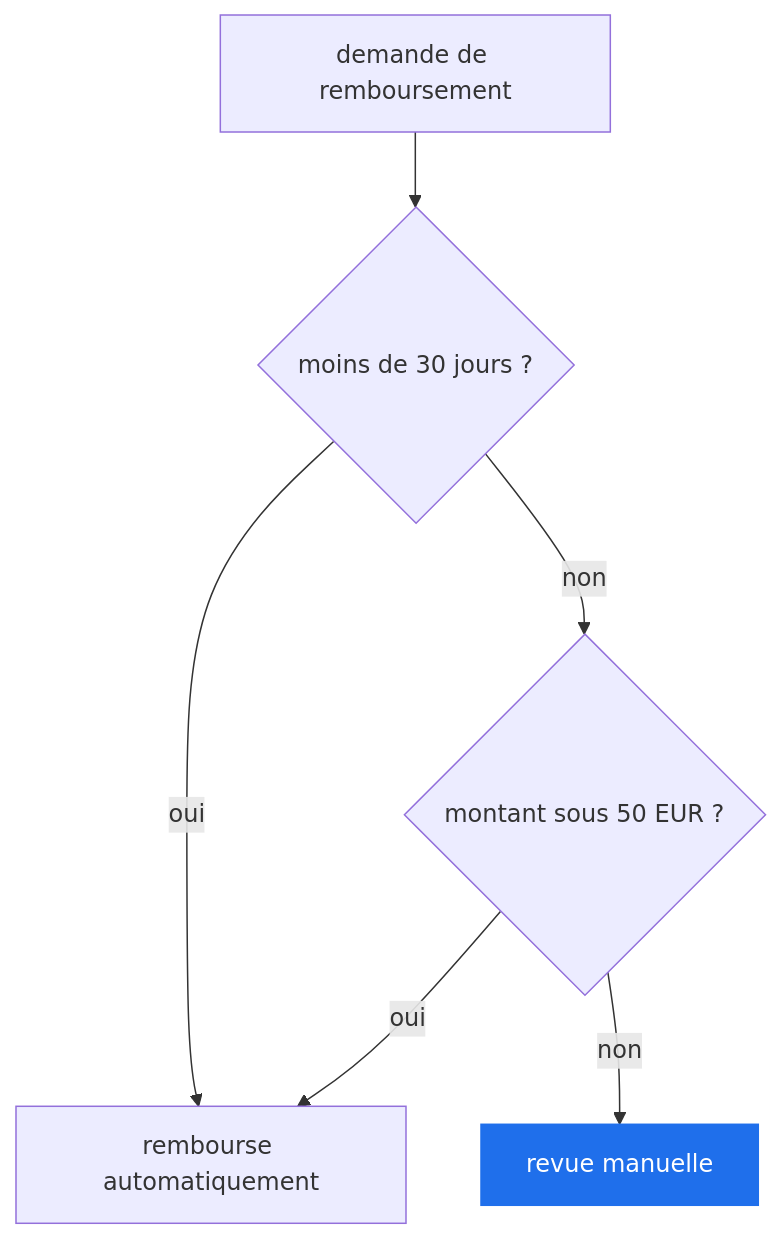
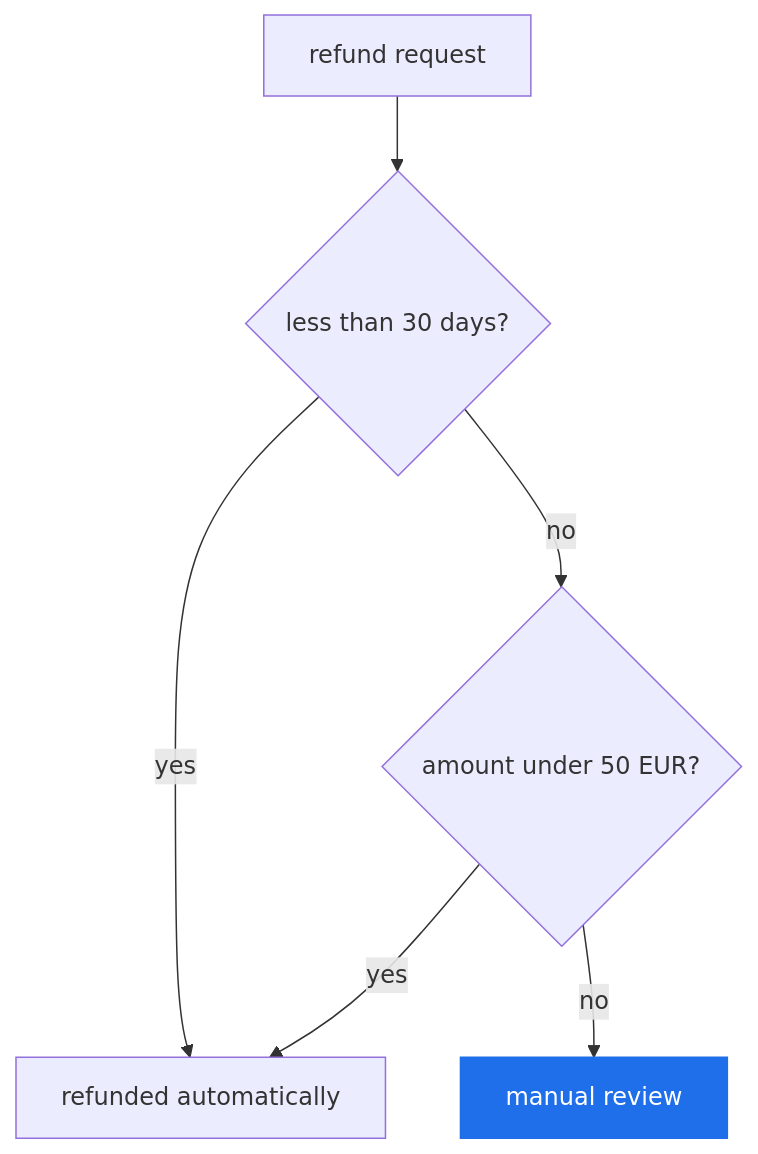
One commit to MasterLaplace/LplCraftSkills changed the third of 7 diagrams in skills/se-faire-comprendre/references/visuels.md. Above: the diagram before and after it, drawn with Mermaid. The commit also changed other lines of this file and 16 other files, not shown here.

First line of the commit message:
docs: Mermaid diagram text moves to English, the prose stays French

````diff
--- a/skills/se-faire-comprendre/references/visuels.md
+++ b/skills/se-faire-comprendre/references/visuels.md
@@ -56,9 +56,9 @@
 ```mermaid
 flowchart TD
-  S["demande de remboursement"] --> Q{"moins de 30 jours ?"}
-  Q -->|oui| A["rembourse automatiquement"]
-  Q -->|non| M{"montant sous 50 EUR ?"}
-  M -->|oui| A
-  M -->|non| H["revue manuelle"]:::focus
+  S["refund request"] --> Q{"less than 30 days?"}
+  Q -->|yes| A["refunded automatically"]
+  Q -->|no| M{"amount under 50 EUR?"}
+  M -->|yes| A
+  M -->|no| H["manual review"]:::focus
   classDef focus fill:#1f6feb,color:#ffffff,stroke:#1f6feb
 ```
````
